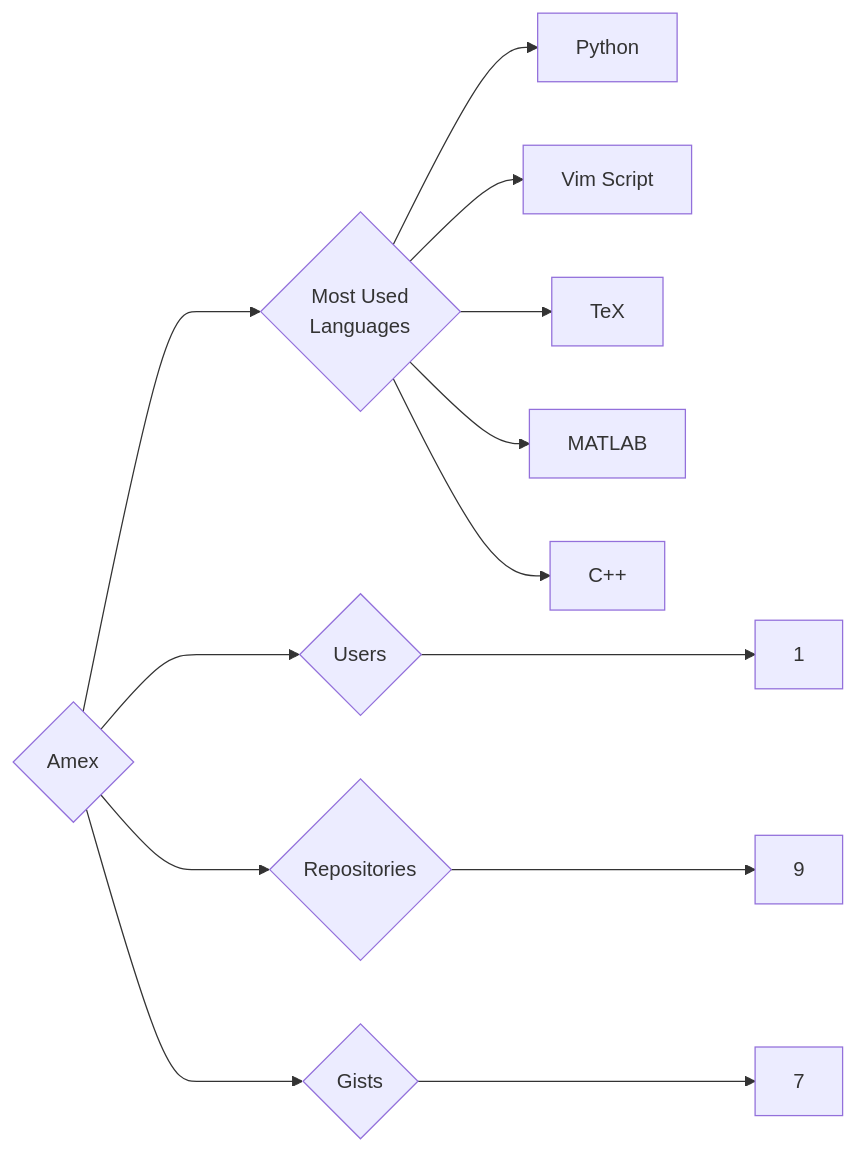
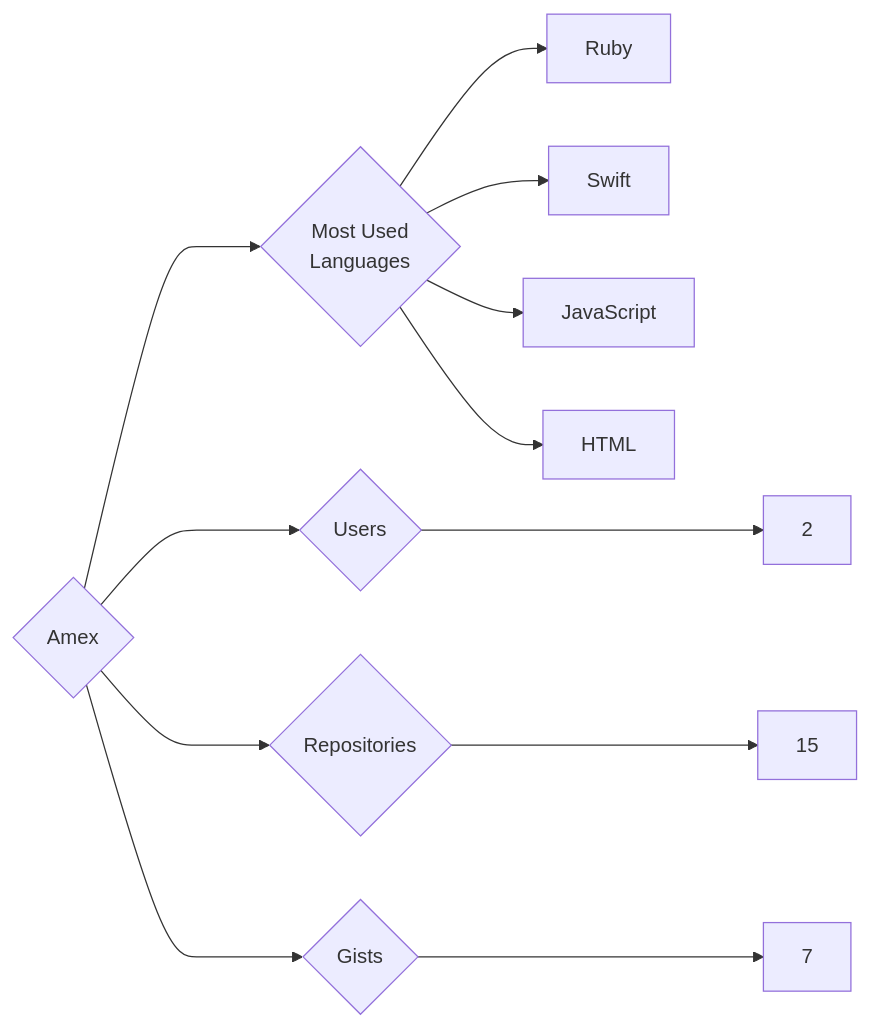
One commit to trickest/insiders changed the diagram in targets/Amex/README.md. Above: the diagram before and after it, drawn with Mermaid. The commit also changed 773 other files, not shown here.

````diff
--- a/targets/Amex/README.md
+++ b/targets/Amex/README.md
@@ -3,13 +3,12 @@
 ```mermaid
 graph LR
 COMPANY_NAME{Amex}
-COMPANY_NAME ---> U{Users} ---> UN[1]
-COMPANY_NAME ---> R{Repositories} ---> RN[9]
+COMPANY_NAME ---> U{Users} ---> UN[2]
+COMPANY_NAME ---> R{Repositories} ---> RN[15]
 COMPANY_NAME ---> G{Gists} ---> GN[7]
 COMPANY_NAME ---> ML{Most Used<br>Languages}
-ML --> Python[Python]
-ML --> Vim_Script[Vim Script]
-ML --> TeX[TeX]
-ML --> MATLAB[MATLAB]
-ML --> C++[C++]
+ML --> Ruby[Ruby]
+ML --> Swift[Swift]
+ML --> JavaScript[JavaScript]
+ML --> HTML[HTML]
 ```
````
